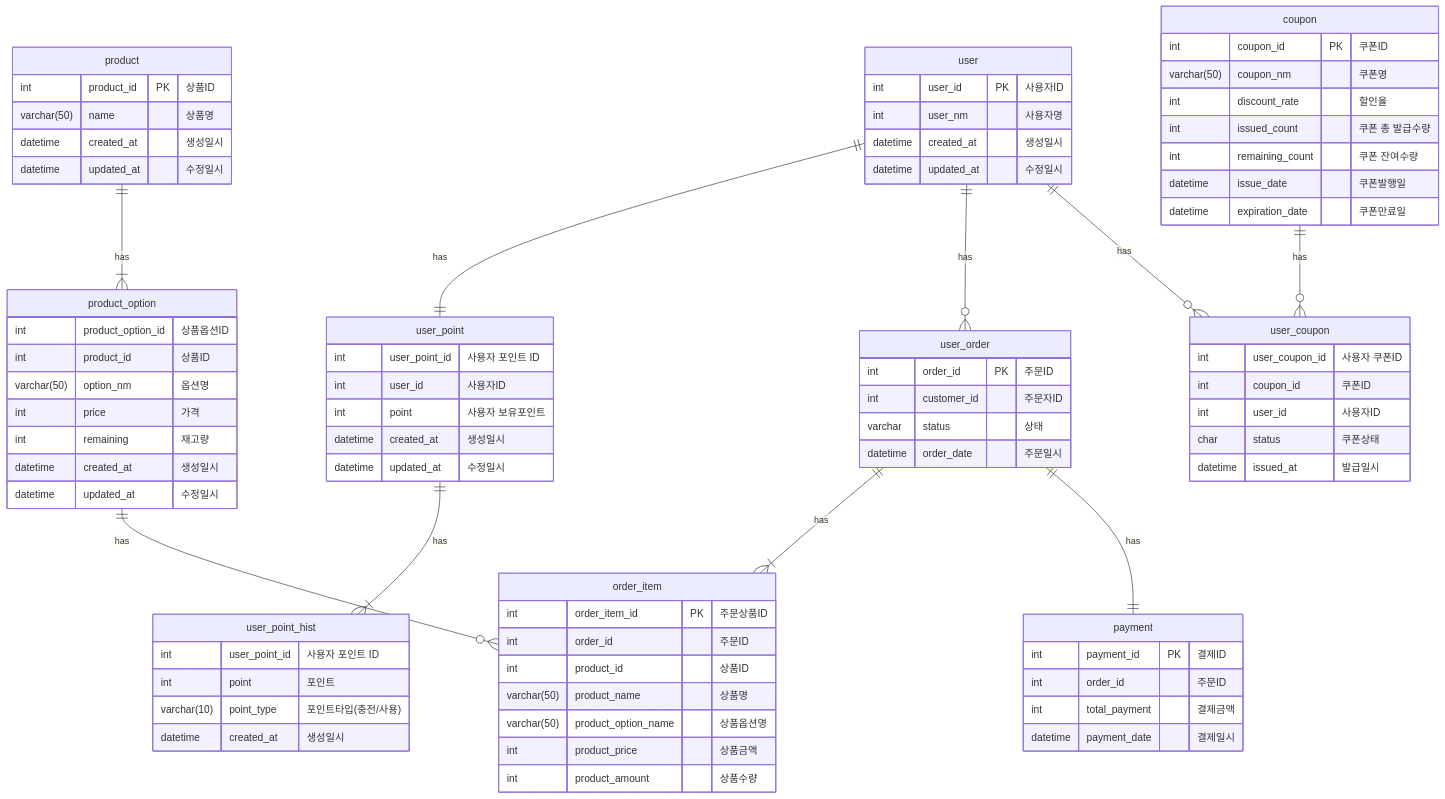
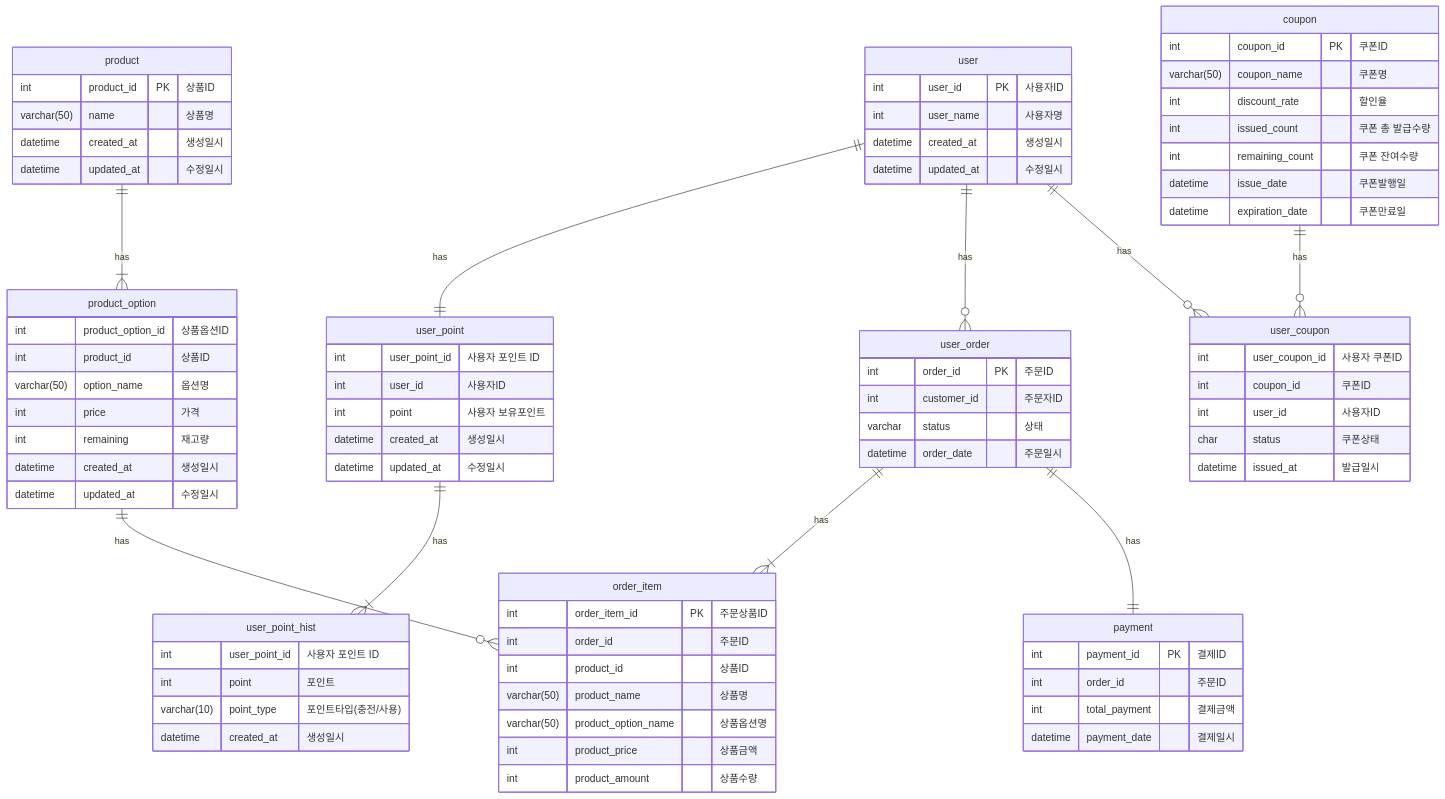
Before and after one commit to OO-b/E-commerce-system: the diagram in docs/erd/Erd.md, drawn with Mermaid. The commit also changed 14 other files, not shown here.

```diff
--- a/docs/erd/Erd.md
+++ b/docs/erd/Erd.md
@@ -5,7 +5,7 @@
 
     user {
         int user_id PK "사용자ID"
-        int user_nm "사용자명"
+        int user_name"사용자명"
         datetime created_at "생성일시"
         datetime updated_at "수정일시"
     }
@@ -35,7 +35,7 @@
     product_option {
         int product_option_id "상품옵션ID"
         int product_id "상품ID"
-        varchar(50) option_nm "옵션명"
+        varchar(50) option_name "옵션명"
         int price "가격"
         int remaining "재고량"
         datetime created_at "생성일시"
@@ -68,7 +68,7 @@
     
     coupon {
         int coupon_id PK "쿠폰ID"
-        varchar(50) coupon_nm "쿠폰명"
+        varchar(50) coupon_name "쿠폰명"
         int discount_rate "할인율"
         int issued_count "쿠폰 총 발급수량"
         int remaining_count "쿠폰 잔여수량"
```
